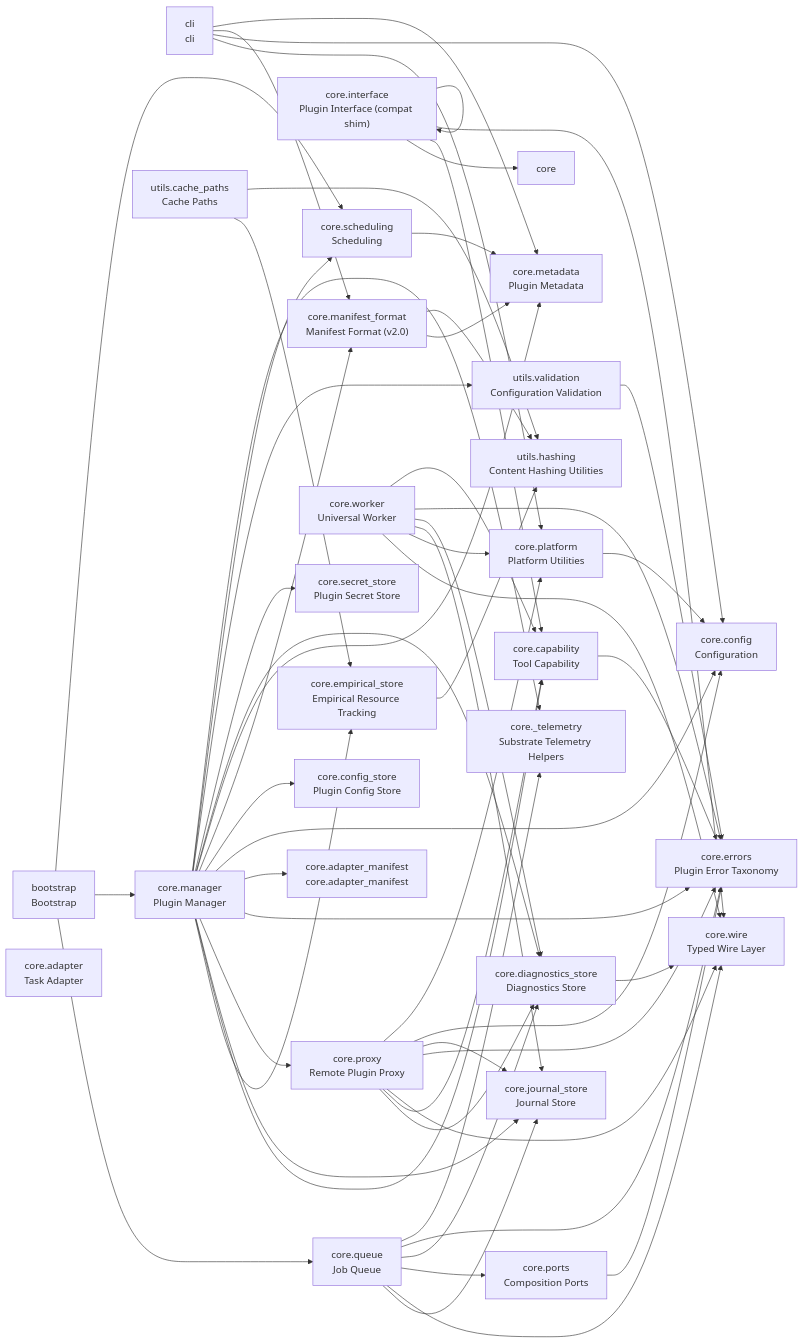
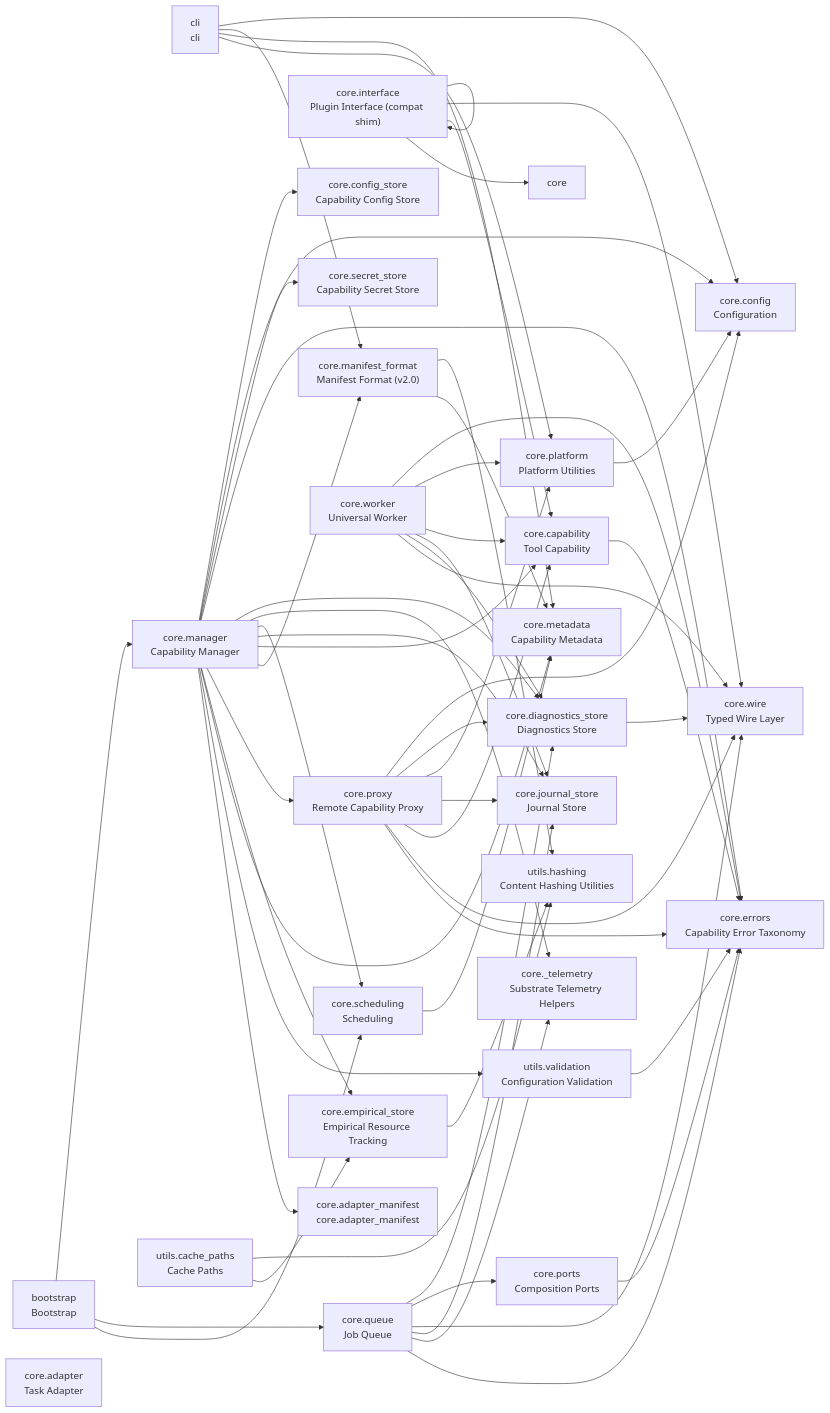
The diagram in README.md (cj-mills/cjm-substrate), drawn with Mermaid before and after one commit. The commit also changed other lines of this file and 62 other files, not shown here.

```diff
--- a/README.md
+++ b/README.md
@@ -54,21 +54,21 @@
     core_adapter_manifest["core.adapter_manifest<br/>core.adapter_manifest"]
     core_capability["core.capability<br/>Tool Capability"]
     core_config["core.config<br/>Configuration"]
-    core_config_store["core.config_store<br/>Plugin Config Store"]
+    core_config_store["core.config_store<br/>Capability Config Store"]
     core_diagnostics_store["core.diagnostics_store<br/>Diagnostics Store"]
     core_empirical_store["core.empirical_store<br/>Empirical Resource Tracking"]
-    core_errors["core.errors<br/>Plugin Error Taxonomy"]
+    core_errors["core.errors<br/>Capability Error Taxonomy"]
     core_interface["core.interface<br/>Plugin Interface (compat shim)"]
     core_journal_store["core.journal_store<br/>Journal Store"]
-    core_manager["core.manager<br/>Plugin Manager"]
+    core_manager["core.manager<br/>Capability Manager"]
     core_manifest_format["core.manifest_format<br/>Manifest Format (v2.0)"]
-    core_metadata["core.metadata<br/>Plugin Metadata"]
+    core_metadata["core.metadata<br/>Capability Metadata"]
     core_platform["core.platform<br/>Platform Utilities"]
     core_ports["core.ports<br/>Composition Ports"]
-    core_proxy["core.proxy<br/>Remote Plugin Proxy"]
+    core_proxy["core.proxy<br/>Remote Capability Proxy"]
     core_queue["core.queue<br/>Job Queue"]
     core_scheduling["core.scheduling<br/>Scheduling"]
-    core_secret_store["core.secret_store<br/>Plugin Secret Store"]
+    core_secret_store["core.secret_store<br/>Capability Secret Store"]
     core__telemetry["core._telemetry<br/>Substrate Telemetry Helpers"]
     core_wire["core.wire<br/>Typed Wire Layer"]
     core_worker["core.worker<br/>Universal Worker"]
@@ -76,59 +76,59 @@
     utils_hashing["utils.hashing<br/>Content Hashing Utilities"]
     utils_validation["utils.validation<br/>Configuration Validation"]
 
+    bootstrap --> core_scheduling
     bootstrap --> core_queue
     bootstrap --> core_manager
-    bootstrap --> core_scheduling
     cli --> core_platform
+    cli --> core_metadata
+    cli --> core_manifest_format
     cli --> core_config
-    cli --> core_manifest_format
-    cli --> core_metadata
     core_capability --> core_errors
     core_diagnostics_store --> core_wire
     core_empirical_store --> utils_hashing
     core_interface --> core
+    core_interface --> core_interface
     core_interface --> core_capability
     core_interface --> core_wire
-    core_interface --> core_interface
+    core_manager --> core_adapter_manifest
+    core_manager --> utils_validation
+    core_manager --> core_metadata
     core_manager --> core_empirical_store
+    core_manager --> core_proxy
+    core_manager --> core_manifest_format
     core_manager --> core_capability
     core_manager --> core_journal_store
-    core_manager --> core_proxy
+    core_manager --> core_scheduling
+    core_manager --> core__telemetry
+    core_manager --> core_diagnostics_store
     core_manager --> core_errors
-    core_manager --> core_adapter_manifest
+    core_manager --> core_secret_store
     core_manager --> core_config
     core_manager --> core_config_store
-    core_manager --> core_manifest_format
-    core_manager --> core_metadata
-    core_manager --> core_diagnostics_store
-    core_manager --> core_secret_store
-    core_manager --> utils_validation
-    core_manager --> core_scheduling
-    core_manager --> core__telemetry
     core_manifest_format --> core_metadata
     core_manifest_format --> utils_hashing
     core_platform --> core_config
     core_ports --> core_errors
+    core_proxy --> core_errors
+    core_proxy --> core_wire
+    core_proxy --> core_capability
+    core_proxy --> core_journal_store
+    core_proxy --> core_platform
     core_proxy --> core_diagnostics_store
-    core_proxy --> core_capability
-    core_proxy --> core_wire
-    core_proxy --> core_errors
-    core_proxy --> core_journal_store
     core_proxy --> core_config
-    core_proxy --> core_platform
+    core_queue --> core_errors
+    core_queue --> core__telemetry
     core_queue --> core_journal_store
     core_queue --> core_wire
     core_queue --> core_ports
     core_queue --> core_diagnostics_store
-    core_queue --> core_errors
-    core_queue --> core__telemetry
     core_scheduling --> core_metadata
     core_worker --> core_wire
+    core_worker --> core_diagnostics_store
+    core_worker --> core_journal_store
+    core_worker --> core_capability
     core_worker --> core_platform
-    core_worker --> core_journal_store
-    core_worker --> core_diagnostics_store
     core_worker --> core_errors
-    core_worker --> core_capability
     utils_cache_paths --> core_empirical_store
     utils_cache_paths --> utils_hashing
     utils_validation --> core_errors
```
